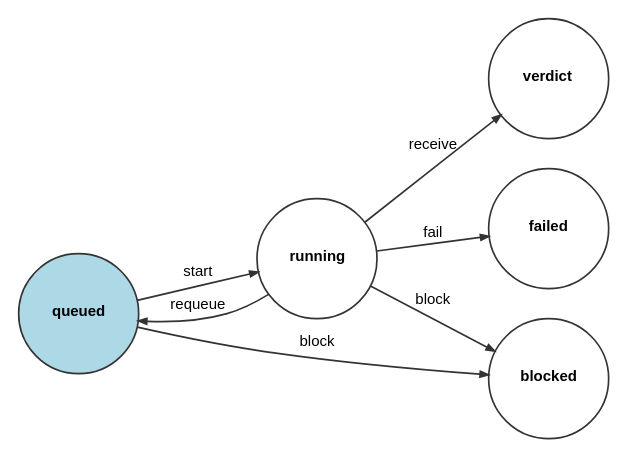
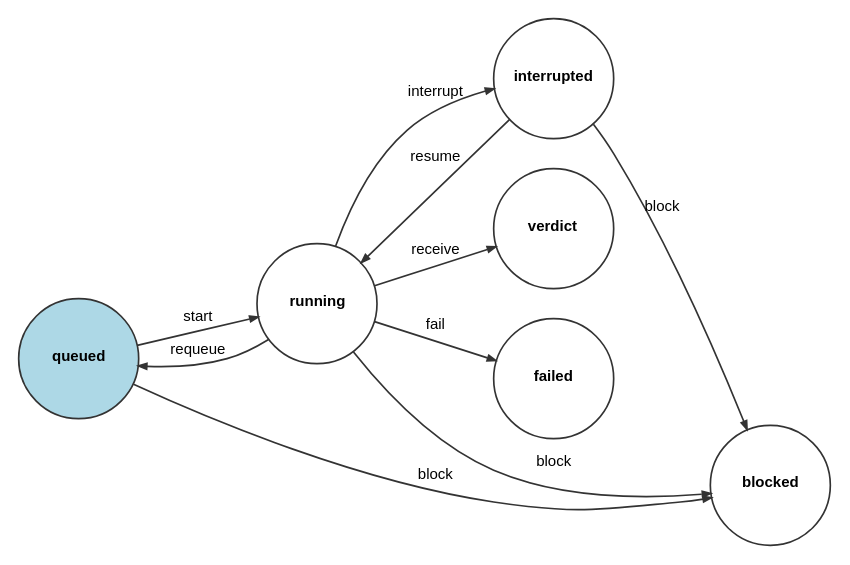
Before and after one commit to shinyredapples/intakt: the diagram in docs/architecture/reviewer-machine.dot, drawn with Graphviz. The commit also changed 5 other files, not shown here.

```diff
--- a/docs/architecture/reviewer-machine.dot
+++ b/docs/architecture/reviewer-machine.dot
@@ -1,17 +1,21 @@
 digraph workflow {
   ratio="compress" rankdir="LR"
   node [fontsize="9" fontname="Arial" color="#333333" fillcolor="lightblue" fixedsize="false" width="1"];
   edge [fontsize="9" fontname="Arial" color="#333333" arrowhead="normal" arrowsize="0.5"];
 
   place_efcc77141dbfd3ab9c9315b5d04cb462de5bb921 [label=<<B>queued</B>>, shape=circle style="filled"];
   place_3c49d9cc3c0c83421a1cfb921cdd4aa35dc1ba5c [label=<<B>running</B>>, shape=circle];
+  place_d897bf481c6d3038f32cd50b3a8b5f6cf56b6348 [label=<<B>interrupted</B>>, shape=circle];
   place_860360acc76b71aea886109b81a8429a8d3c4576 [label=<<B>verdict</B>>, shape=circle];
   place_5f5f8758f5f22d523e531f58123b6db9161683a4 [label=<<B>failed</B>>, shape=circle];
   place_df88b84d816d3358b3793a61b73d80e93913e627 [label=<<B>blocked</B>>, shape=circle];
   place_efcc77141dbfd3ab9c9315b5d04cb462de5bb921 -> place_3c49d9cc3c0c83421a1cfb921cdd4aa35dc1ba5c [label="start" style="solid"];
   place_efcc77141dbfd3ab9c9315b5d04cb462de5bb921 -> place_df88b84d816d3358b3793a61b73d80e93913e627 [label="block" style="solid"];
   place_3c49d9cc3c0c83421a1cfb921cdd4aa35dc1ba5c -> place_860360acc76b71aea886109b81a8429a8d3c4576 [label="receive" style="solid"];
   place_3c49d9cc3c0c83421a1cfb921cdd4aa35dc1ba5c -> place_5f5f8758f5f22d523e531f58123b6db9161683a4 [label="fail" style="solid"];
   place_3c49d9cc3c0c83421a1cfb921cdd4aa35dc1ba5c -> place_efcc77141dbfd3ab9c9315b5d04cb462de5bb921 [label="requeue" style="solid"];
   place_3c49d9cc3c0c83421a1cfb921cdd4aa35dc1ba5c -> place_df88b84d816d3358b3793a61b73d80e93913e627 [label="block" style="solid"];
+  place_3c49d9cc3c0c83421a1cfb921cdd4aa35dc1ba5c -> place_d897bf481c6d3038f32cd50b3a8b5f6cf56b6348 [label="interrupt" style="solid"];
+  place_d897bf481c6d3038f32cd50b3a8b5f6cf56b6348 -> place_df88b84d816d3358b3793a61b73d80e93913e627 [label="block" style="solid"];
+  place_d897bf481c6d3038f32cd50b3a8b5f6cf56b6348 -> place_3c49d9cc3c0c83421a1cfb921cdd4aa35dc1ba5c [label="resume" style="solid"];
 }
```
